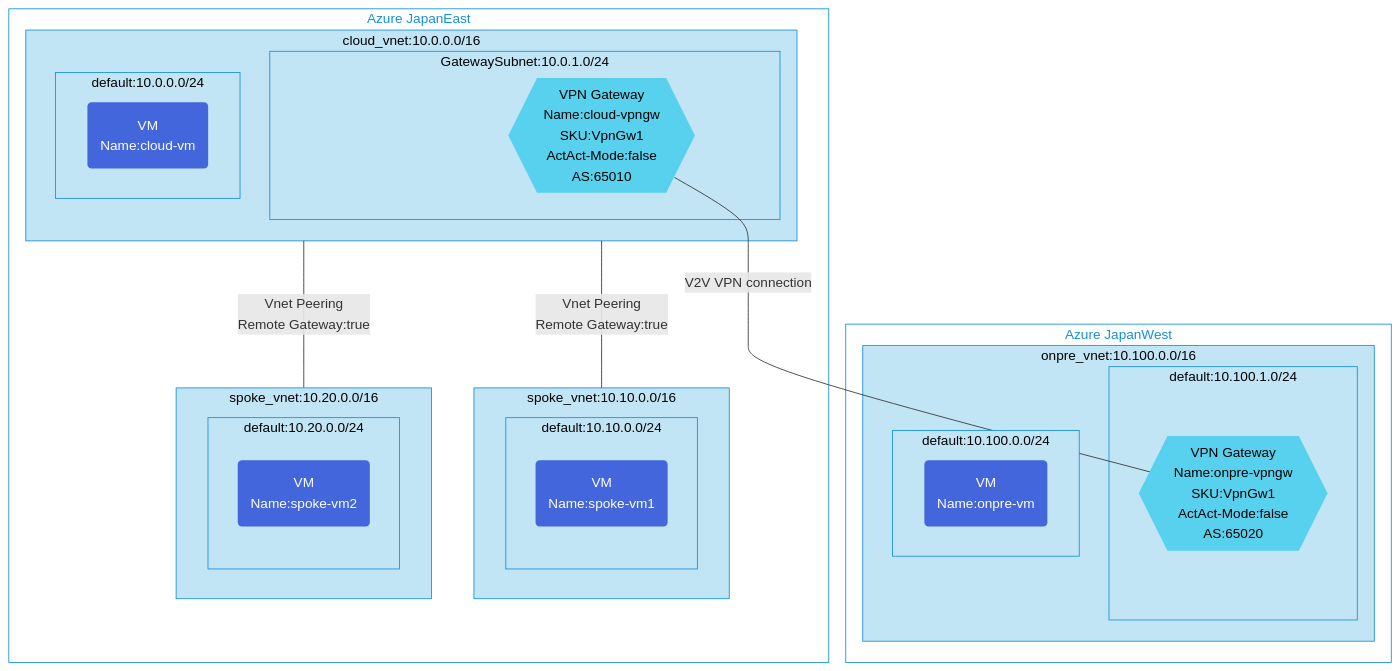
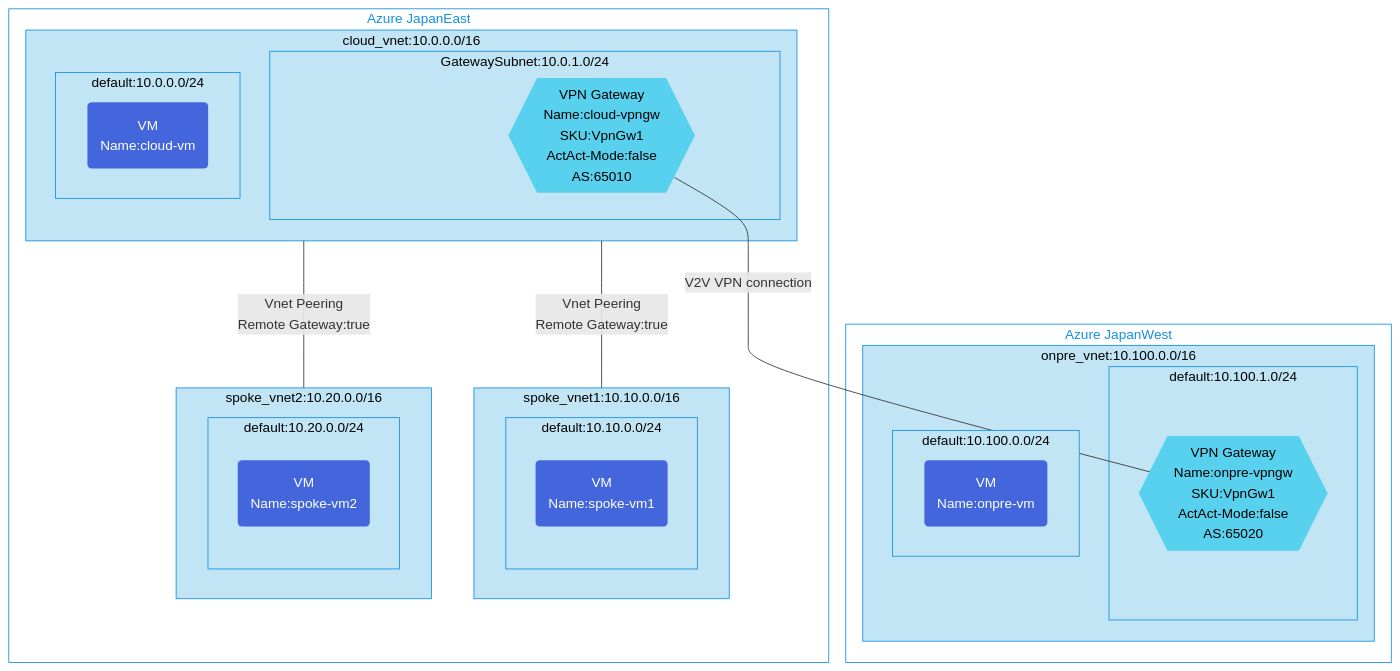
The diagram in hub-spoke-env/README.md (toizumi03/bicep-templates), drawn with Mermaid before and after one commit.

````diff
--- a/hub-spoke-env/README.md
+++ b/hub-spoke-env/README.md
@@ -3,57 +3,57 @@
 ```mermaid
 graph TB;
 %% Groups and Services
 subgraph GR1[Azure JapanEast]
   subgraph GV1[cloud_vnet:10.0.0.0/16]
       subgraph GVS2[GatewaySubnet:10.0.1.0/24]
         VPNGW1{{"VPN Gateway<br/>Name:cloud-vpngw<br/>SKU:VpnGw1<br/>ActAct-Mode:false<br/>AS:65010"}}
       end
       subgraph GVS1[default:10.0.0.0/24]
         CP1("VM<br/>Name:cloud-vm")
       end
   end
-  subgraph GV2[spoke_vnet:10.10.0.0/16]
+  subgraph GV2[spoke_vnet1:10.10.0.0/16]
       subgraph GVS3[default:10.10.0.0/24]
         CP3("VM<br/>Name:spoke-vm1")
       end
 end
-  subgraph GV3[spoke_vnet:10.20.0.0/16]
+  subgraph GV3[spoke_vnet2:10.20.0.0/16]
       subgraph GVS4[default:10.20.0.0/24]
         CP4("VM<br/>Name:spoke-vm2")
       end
 end
 end
 subgraph GR2[Azure JapanWest]
   subgraph ONPV1[onpre_vnet:10.100.0.0/16]
      subgraph ONPS1[default:10.100.1.0/24]
       VPNGW2{{"VPN Gateway<br/>Name:onpre-vpngw<br/>SKU:VpnGw1<br/>ActAct-Mode:false<br/>AS:65020"}}
     end
       subgraph ONPS2[default:10.100.0.0/24]
         CP2("VM<br/>Name:onpre-vm")
     end
 end
 end
 
 %% Relation for resources
 VPNGW1 --V2V VPN connection--- VPNGW2
 GV1 --Vnet Peering<br/>Remote Gateway:true---GV2
 GV1 --Vnet Peering<br/>Remote Gateway:true---GV3
 
 %% Groups style
 classDef GSR fill:#fff,color:#1490df,stroke:#1490df
 class GR1,GR2 GSR
 
 classDef SGV1 fill:#c1e5f5,color:#000,stroke:#1490df
 class GV1,GV2,GV3,GC2,GVS1,GVS2,GVS3,GVS4 SGV1
 
 classDef SGonpV fill:#c1e5f5,color:#000,stroke:#1490df
 class ONPV1,ONPS1,ONPS2 SGonpV
  
 %% Service Style
 classDef SCP fill:#4466dd,color:#fff,stroke:none
 class CP1,CP2,CP3,CP4 SCP
 
 classDef SVPNGW fill:#57d1ed,color:#000,stroke:none
 class VPNGW1,VPNGW2 SVPNGW
 
 ```
````
